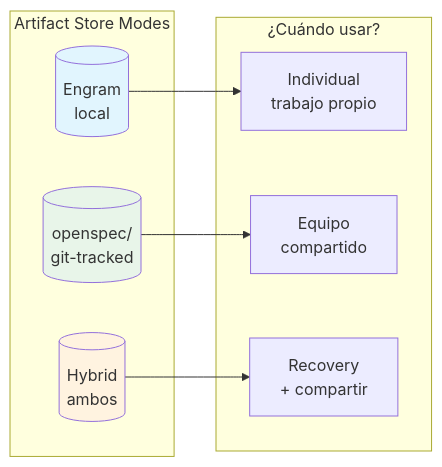
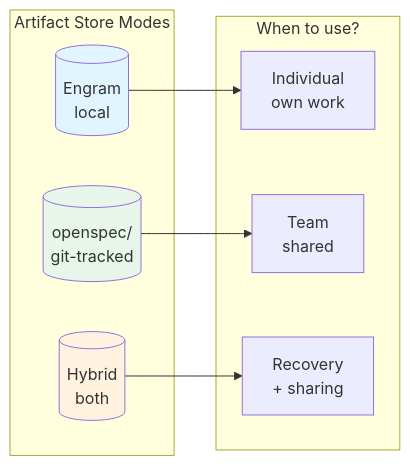
One commit to crhistianmdz/FlowDocs changed the fifth of 7 diagrams in docs/architecture-diagram.md. Above: the diagram before and after it, drawn with Mermaid. The commit also changed other lines of this file and 81 other files, not shown here.

First line of the commit message:
feat: add FlowDoc adoption checklist and update legacy migration guide

````diff
--- a/docs/architecture-diagram.md
+++ b/docs/architecture-diagram.md
@@ -240,22 +240,22 @@
 ```mermaid
 graph LR
     subgraph MODES["Artifact Store Modes"]
         ENGRAM[(Engram<br/>local)]
         OPENSPEC[(openspec/<br/>git-tracked)]
-        HYBRID[(Hybrid<br/>ambos)]
+        HYBRID[(Hybrid<br/>both)]
     end
 
-    subgraph USE["¿Cuándo usar?"]
-        SOLO[Individual<br/>trabajo propio]
-        EQUIPO[Equipo<br/>compartido]
-        RECOVERY[Recovery<br/>+ compartir]
+    subgraph USE["When to use?"]
+        SOLO[Individual<br/>own work]
+        EQUIPO[Team<br/>shared]
+        RECOVERY[Recovery<br/>+ sharing]
     end
 
     ENGRAM --> SOLO
     OPENSPEC --> EQUIPO
     HYBRID --> RECOVERY
 
     style ENGRAM fill:#e1f5fe
     style OPENSPEC fill:#e8f5e9
     style HYBRID fill:#fff3e0
 ```
````
